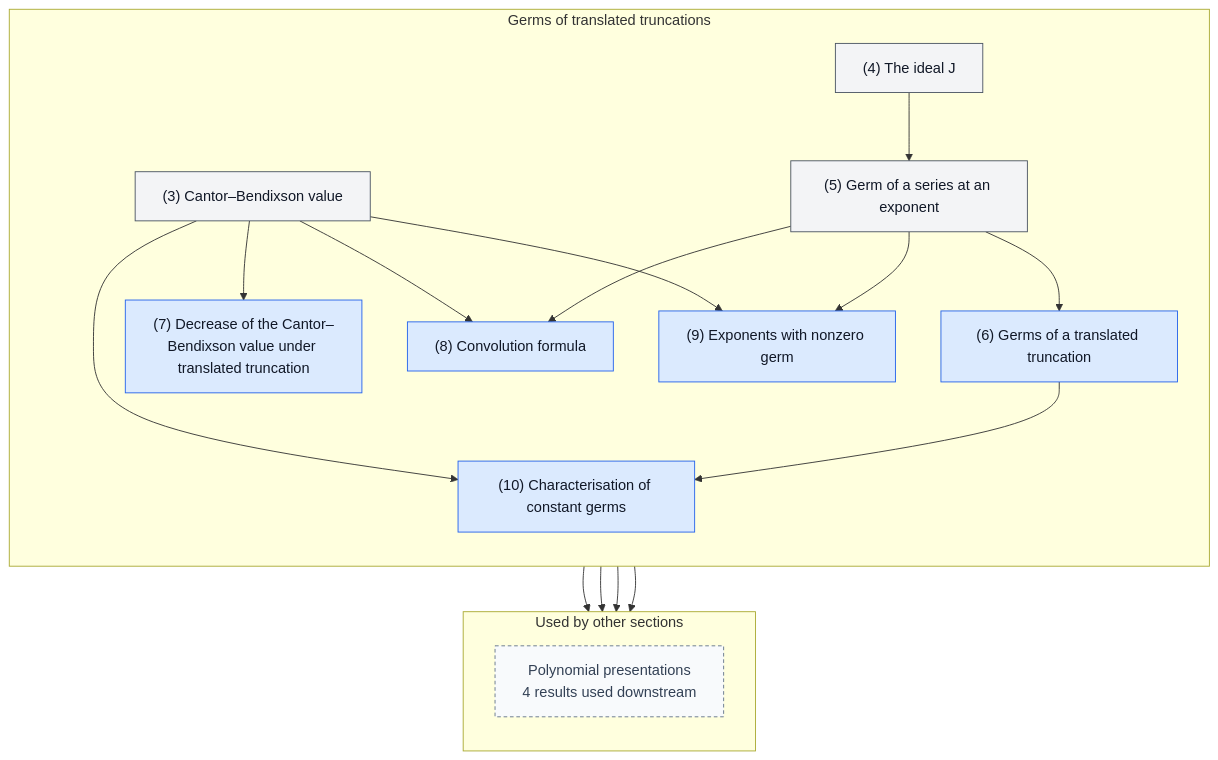
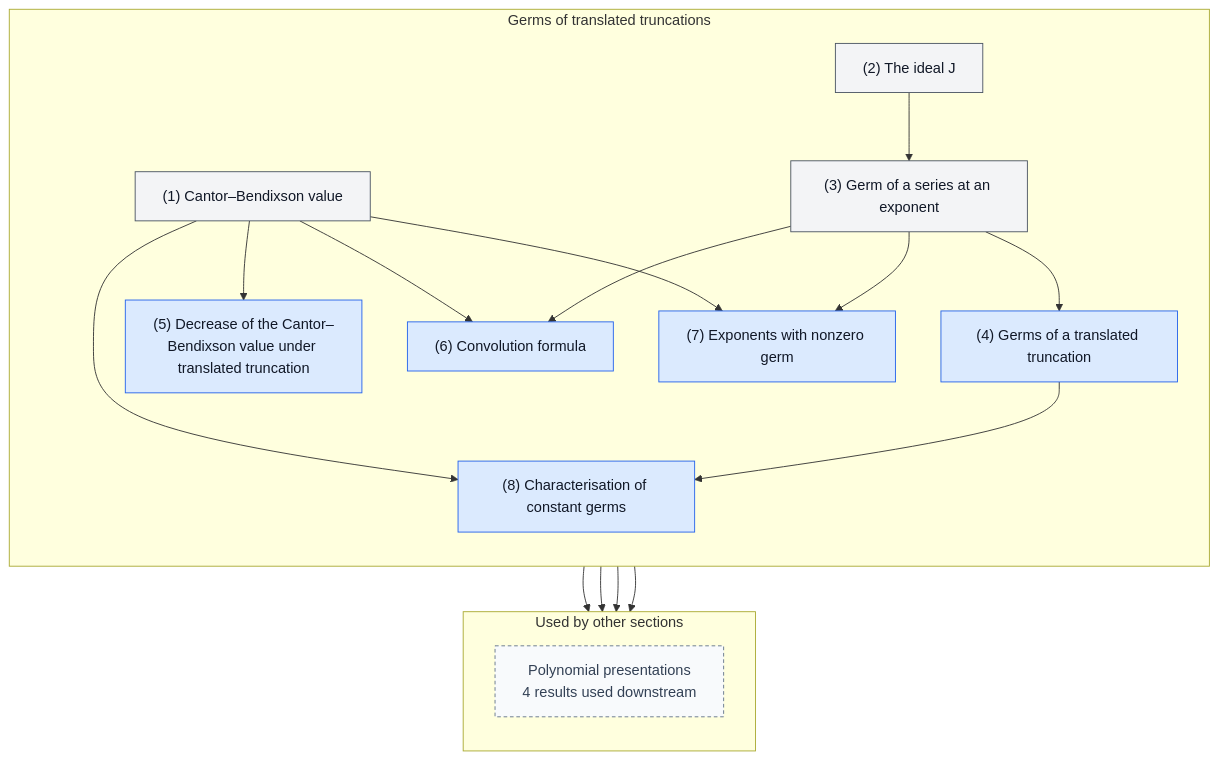
One commit to gaearon/conway-refinement changed the second of 5 diagrams in README.md. Above: the diagram before and after it, drawn with Mermaid. The commit also changed other lines of this file and 20 other files, not shown here.

````diff
--- a/README.md
+++ b/README.md
@@ -228,51 +191,51 @@
 ```mermaid
 %% Generated by scripts/blueprint.sh; do not edit.
 %% Other sections are compressed to boundary nodes.
 %% Solid arrows are proof dependencies; dashed arrows are statement dependencies.
 flowchart TB
   subgraph current["Germs of translated truncations"]
     direction TB
-    n003["(3) Cantor–Bendixson value"]:::definition
-    n004["(4) The ideal J"]:::definition
-    n005["(5) Germ of a series at an exponent"]:::definition
-    n006["(6) Germs of a translated truncation"]:::lemma
-    n007["(7) Decrease of the Cantor–Bendixson value under translated truncation"]:::lemma
-    n008["(8) Convolution formula"]:::lemma
-    n009["(9) Exponents with nonzero germ"]:::lemma
-    n010["(10) Characterisation of constant germs"]:::lemma
+    n001["(1) Cantor–Bendixson value"]:::definition
+    n002["(2) The ideal J"]:::definition
+    n003["(3) Germ of a series at an exponent"]:::definition
+    n004["(4) Germs of a translated truncation"]:::lemma
+    n005["(5) Decrease of the Cantor–Bendixson value under translated truncation"]:::lemma
+    n006["(6) Convolution formula"]:::lemma
+    n007["(7) Exponents with nonzero germ"]:::lemma
+    n008["(8) Characterisation of constant germs"]:::lemma
   end
   subgraph outputs["Used by other sections"]
     direction TB
     out0["Polynomial presentations<br/>4 results used downstream"]:::boundary
   end
 
-  n004 --> n005
-  n005 --> n006
+  n002 --> n003
+  n003 --> n004
+  n001 --> n005
+  n001 --> n006
+  n003 --> n006
+  n001 --> n007
   n003 --> n007
-  n003 --> n008
-  n005 --> n008
-  n003 --> n009
-  n005 --> n009
-  n003 --> n010
-  n006 --> n010
-  n009 --> out0
-  n010 --> out0
+  n001 --> n008
+  n004 --> n008
+  n005 --> out0
+  n006 --> out0
+  n008 --> out0
   n007 --> out0
-  n008 --> out0
-  click n003 "https://gaearon.github.io/conway-refinement/#/result/cantor-bendixson-value" "Open the statement for definition 3"
-  click n004 "https://gaearon.github.io/conway-refinement/#/result/bounded-away-ideal" "Open the statement for definition 4"
-  click n005 "https://gaearon.github.io/conway-refinement/#/result/germ-at" "Open the statement for definition 5"
-  click n006 "https://gaearon.github.io/conway-refinement/#/result/germs-of-translated-truncation" "Open the statement for lemma 6"
-  click n007 "https://gaearon.github.io/conway-refinement/#/result/cantor-bendixson-value-drop" "Open the statement for lemma 7"
-  click n008 "https://gaearon.github.io/conway-refinement/#/result/convolution-formula" "Open the statement for lemma 8"
-  click n009 "https://gaearon.github.io/conway-refinement/#/result/nonzero-germs" "Open the statement for lemma 9"
-  click n010 "https://gaearon.github.io/conway-refinement/#/result/constant-germs" "Open the statement for lemma 10"
+  click n001 "https://gaearon.github.io/conway-refinement/#/result/cantor-bendixson-value" "Open the statement for definition 1"
+  click n002 "https://gaearon.github.io/conway-refinement/#/result/bounded-away-ideal" "Open the statement for definition 2"
+  click n003 "https://gaearon.github.io/conway-refinement/#/result/germ-at" "Open the statement for definition 3"
+  click n004 "https://gaearon.github.io/conway-refinement/#/result/germs-of-translated-truncation" "Open the statement for lemma 4"
+  click n005 "https://gaearon.github.io/conway-refinement/#/result/cantor-bendixson-value-drop" "Open the statement for lemma 5"
+  click n006 "https://gaearon.github.io/conway-refinement/#/result/convolution-formula" "Open the statement for lemma 6"
+  click n007 "https://gaearon.github.io/conway-refinement/#/result/nonzero-germs" "Open the statement for lemma 7"
+  click n008 "https://gaearon.github.io/conway-refinement/#/result/constant-germs" "Open the statement for lemma 8"
 
   classDef theorem fill:#fff3bf,stroke:#e67700,stroke-width:2px,color:#111827
   classDef definition fill:#f3f4f6,stroke:#4b5563,color:#111827
   classDef lemma fill:#dbeafe,stroke:#2563eb,color:#111827
   classDef proposition fill:#ede9fe,stroke:#7c3aed,color:#111827
   classDef corollary fill:#dcfce7,stroke:#16a34a,color:#111827
   classDef fact fill:#fce7f3,stroke:#db2777,color:#111827
   classDef boundary fill:#f8fafc,stroke:#64748b,stroke-dasharray:4 3,color:#334155
 ```
````
